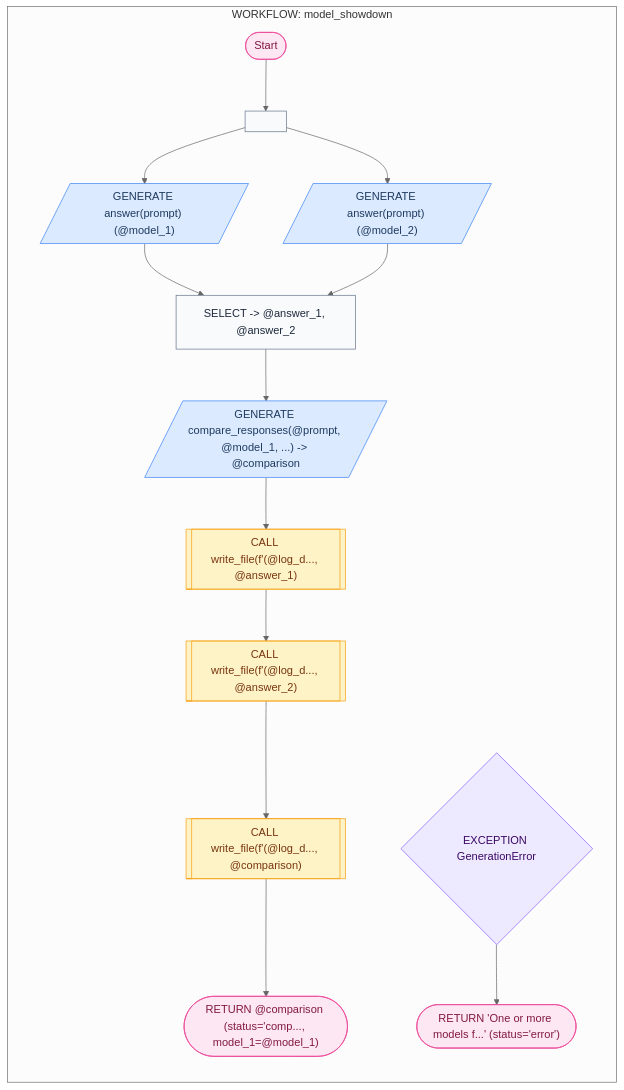
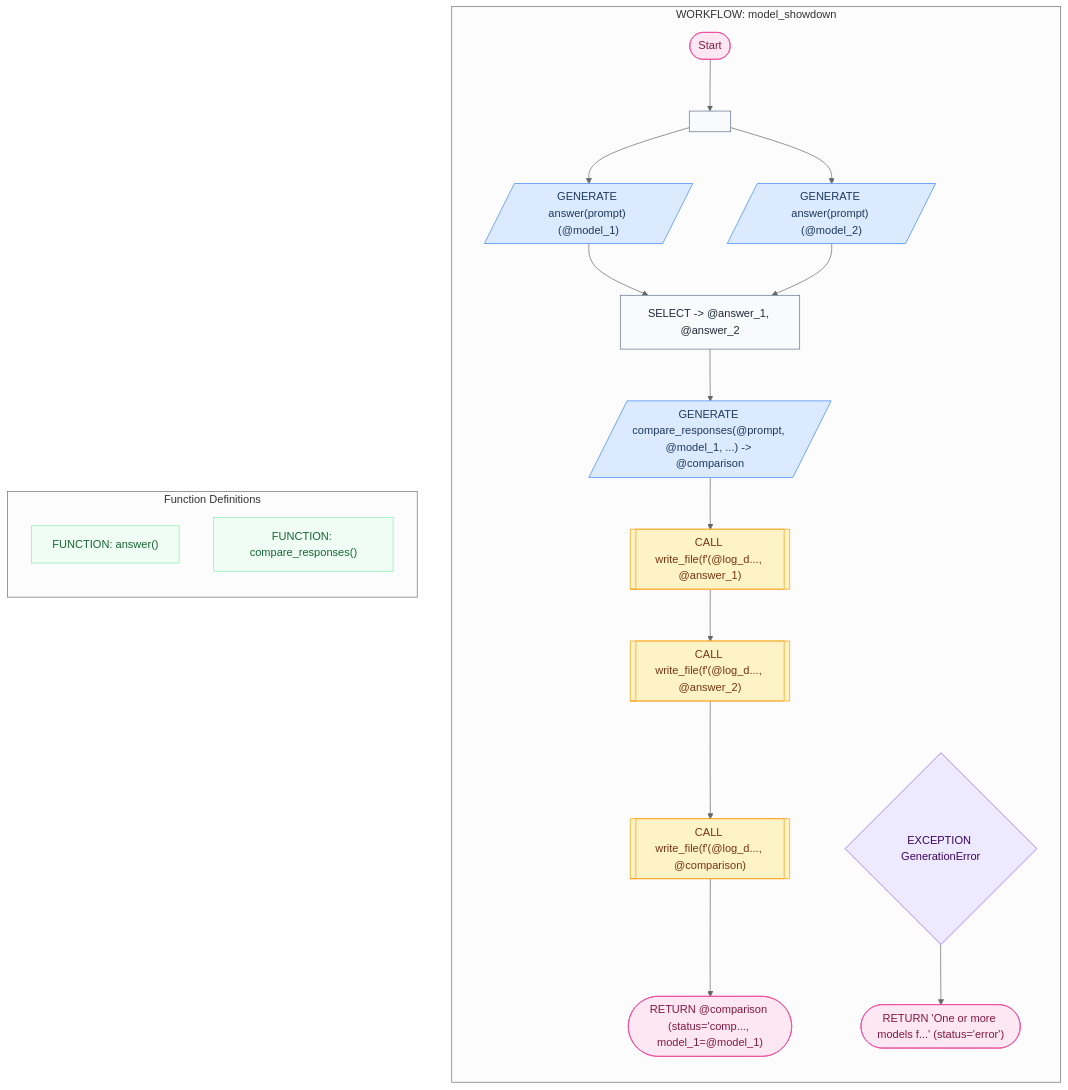
One commit to digital-duck/SPL.py changed the diagram in cookbook/04_model_showdown/mermaid/showdown.md. Above: the diagram before and after it, drawn with Mermaid (neutral theme). The commit also changed 334 other files, not shown here.

````diff
--- a/cookbook/04_model_showdown/mermaid/showdown.md
+++ b/cookbook/04_model_showdown/mermaid/showdown.md
@@ -7,47 +7,54 @@
 ```mermaid
 flowchart TD
     subgraph SG_model_showdown["WORKFLOW: model_showdown"]
     direction TB
     START1(["Start"])
     FORK2[" "]
     SYNC3["SELECT -> @answer_1, @answer_2"]
     CTE4[/"GENERATE answer(prompt) (@model_1)"/]
     FORK2 --> CTE4
     CTE4 --> SYNC3
     CTE5[/"GENERATE answer(prompt) (@model_2)"/]
     FORK2 --> CTE5
     CTE5 --> SYNC3
     GEN6[/"GENERATE compare_responses(@prompt, @model_1, ...) -> @comparison"/]
     SYNC3 --> GEN6
     SUB7[["CALL write_file(f'(@log_d..., @answer_1)"]]
     GEN6 --> SUB7
     SUB8[["CALL write_file(f'(@log_d..., @answer_2)"]]
     SUB7 --> SUB8
     SUB9[["CALL write_file(f'(@log_d..., @comparison)"]]
     SUB8 --> SUB9
     RET10(["RETURN @comparison (status='comp..., model_1=@model_1)"])
     SUB9 --> RET10
     START1 --> FORK2
     EXC11{"EXCEPTION GenerationError"}
     RET12(["RETURN 'One or more models f...' (status='error')"])
     EXC11 --> RET12
     end
+    subgraph FUNCTIONS["Function Definitions"]
+    direction TB
+    FN13["FUNCTION: answer()"]
+    FN14["FUNCTION: compare_responses()"]
+    end
     class START1 term
     class FORK2 assign
     class SYNC3 assign
     class CTE4 llm
     class CTE5 llm
     class GEN6 llm
     class SUB7 proc
     class SUB8 proc
     class SUB9 proc
     class RET10 term
     class EXC11 ctrl
     class RET12 term
+    class FN13 fn
+    class FN14 fn
     classDef llm fill:#dbeafe,stroke:#3b82f6,color:#1e3a5f
     classDef proc fill:#fef3c7,stroke:#f59e0b,color:#78350f
     classDef ctrl fill:#ede9fe,stroke:#8b5cf6,color:#3b0764
     classDef term fill:#fce7f3,stroke:#ec4899,color:#831843
     classDef fn fill:#f0fdf4,stroke:#86efac,color:#166534
     classDef assign fill:#f8fafc,stroke:#64748b,color:#1e293b
 ```
````
